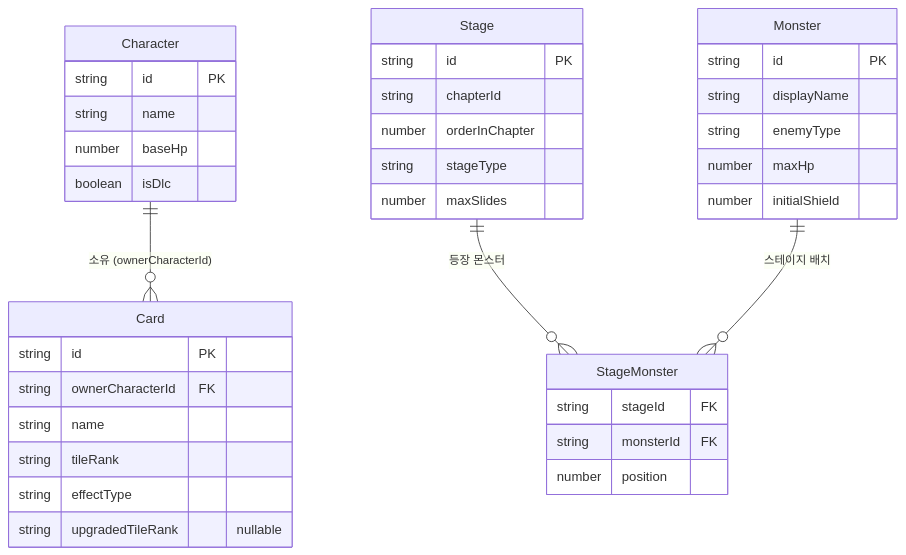
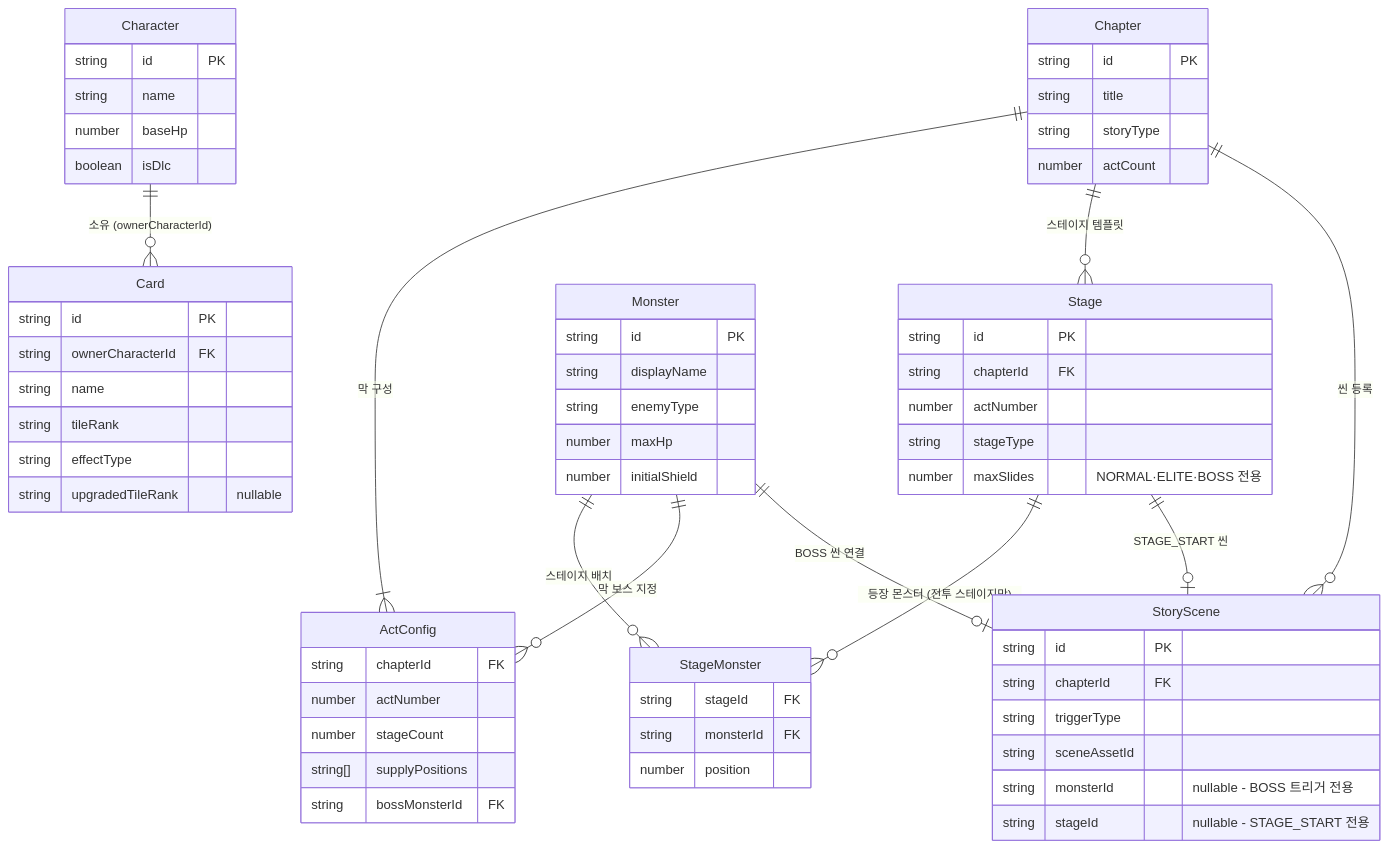
The first of 3 diagrams in docs/schema.md (suan2zto2/cazena2), drawn with Mermaid before and after one commit. The commit also changed other lines of this file and 41 other files, not shown here.

````diff
--- a/docs/schema.md
+++ b/docs/schema.md
@@ -31,40 +33,68 @@
 ```mermaid
 erDiagram
+    Chapter {
+        string id PK
+        string title
+        string storyType
+        number actCount
+    }
+    ActConfig {
+        string chapterId FK
+        number actNumber
+        number stageCount
+        string[] supplyPositions
+        string bossMonsterId FK
+    }
     Character {
         string id PK
         string name
         number baseHp
         boolean isDlc
     }
     Card {
         string id PK
         string ownerCharacterId FK
         string name
         string tileRank
         string effectType
         string upgradedTileRank "nullable"
     }
     Stage {
         string id PK
-        string chapterId
-        number orderInChapter
+        string chapterId FK
+        number actNumber
         string stageType
-        number maxSlides
+        number maxSlides "NORMAL·ELITE·BOSS 전용"
     }
     Monster {
         string id PK
         string displayName
         string enemyType
         number maxHp
         number initialShield
     }
     StageMonster {
         string stageId FK
         string monsterId FK
         number position
     }
 
+    StoryScene {
+        string id PK
+        string chapterId FK
+        string triggerType
+        string sceneAssetId
+        string monsterId "nullable - BOSS 트리거 전용"
+        string stageId "nullable - STAGE_START 전용"
+    }
+
+    Chapter ||--|{ ActConfig : "막 구성"
+    Chapter ||--o{ Stage : "스테이지 템플릿"
+    Chapter ||--o{ StoryScene : "씬 등록"
     Character ||--o{ Card : "소유 (ownerCharacterId)"
-    Stage ||--o{ StageMonster : "등장 몬스터"
+    Stage ||--o{ StageMonster : "등장 몬스터 (전투 스테이지만)"
+    Stage ||--o| StoryScene : "STAGE_START 씬"
     Monster ||--o{ StageMonster : "스테이지 배치"
+    Monster ||--o{ ActConfig : "막 보스 지정"
+    Monster ||--o| StoryScene : "BOSS 씬 연결"
 ```
````
